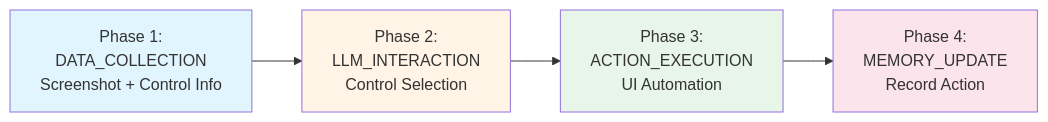
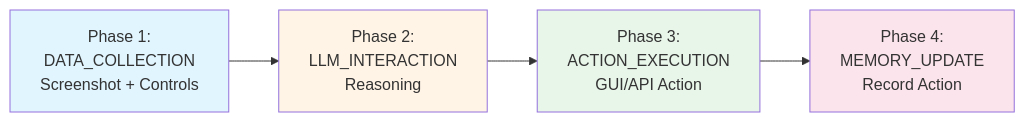
Before and after one commit to microsoft/UFO: the third of 3 diagrams in documents/docs/ufo2/app_agent/overview.md, drawn with Mermaid. The commit also changed other lines of this file and 9 other files, not shown here.

````diff
--- a/documents/docs/ufo2/app_agent/overview.md
+++ b/documents/docs/ufo2/app_agent/overview.md
@@ -146,11 +105,11 @@
 ```mermaid
 graph LR
-    DC[Phase 1:<br/>DATA_COLLECTION<br/>Screenshot + Control Info] --> LLM[Phase 2:<br/>LLM_INTERACTION<br/>Control Selection]
-    LLM --> AE[Phase 3:<br/>ACTION_EXECUTION<br/>UI Automation]
+    DC[Phase 1:<br/>DATA_COLLECTION<br/>Screenshot + Controls] --> LLM[Phase 2:<br/>LLM_INTERACTION<br/>Reasoning]
+    LLM --> AE[Phase 3:<br/>ACTION_EXECUTION<br/>GUI/API Action]
     AE --> MU[Phase 4:<br/>MEMORY_UPDATE<br/>Record Action]
     
     style DC fill:#e1f5ff
     style LLM fill:#fff4e6
     style AE fill:#e8f5e9
     style MU fill:#fce4ec
 ```
````
